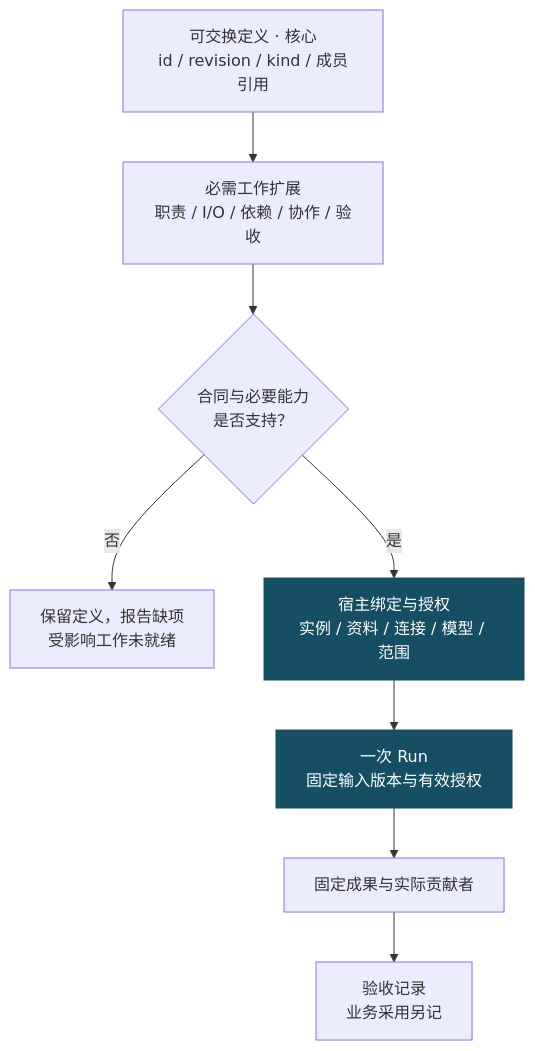
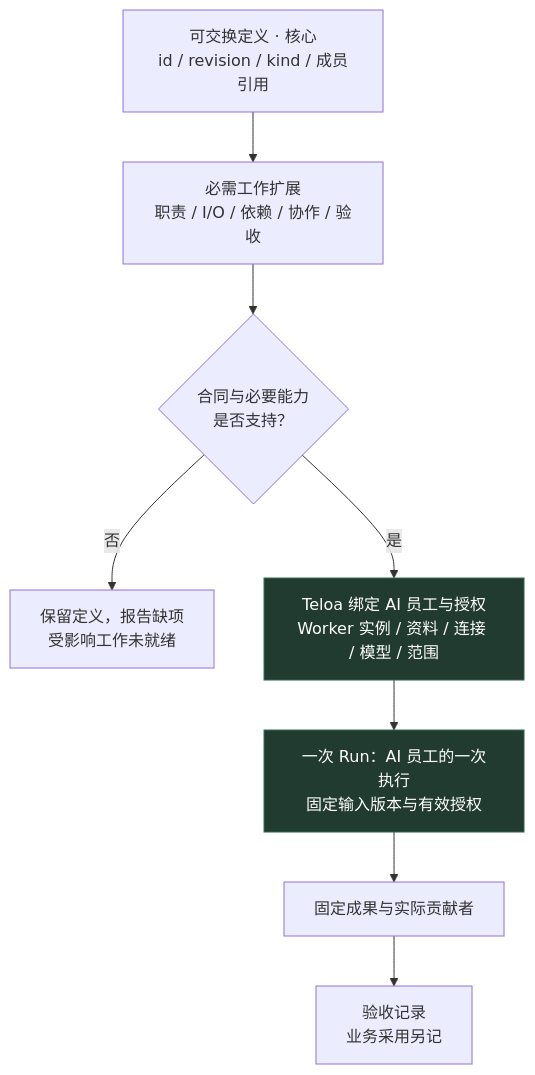
One commit to teloa-ai/ai-worker-standard changed the diagram in diagrams/zh-CN/architecture.mmd. Above: the diagram before and after it, drawn with Mermaid. The commit also changed 29 other files, not shown here.

Commit message:
docs: connect AI employee product concepts to AI Worker diagrams

```diff
--- a/diagrams/zh-CN/architecture.mmd
+++ b/diagrams/zh-CN/architecture.mmd
@@ -1,10 +1,11 @@
 flowchart TB
+    %% 以 Teloa 为例：Worker 定义、AI 员工实例与 Run 分别记录。
     D["可交换定义 · 核心<br/>id / revision / kind / 成员引用"] --> W["必需工作扩展<br/>职责 / I/O / 依赖 / 协作 / 验收"]
     W --> V{"合同与必要能力<br/>是否支持？"}
     V -- "否" --> N["保留定义，报告缺项<br/>受影响工作未就绪"]
-    V -- "是" --> B["宿主绑定与授权<br/>实例 / 资料 / 连接 / 模型 / 范围"]
-    B --> X["一次 Run<br/>固定输入版本与有效授权"]
+    V -- "是" --> B["Teloa 绑定 AI 员工与授权<br/>Worker 实例 / 资料 / 连接 / 模型 / 范围"]
+    B --> X["一次 Run：AI 员工的一次执行<br/>固定输入版本与有效授权"]
     X --> A["固定成果与实际贡献者"]
     A --> R["验收记录<br/>业务采用另记"]
-    classDef main fill:#164e63,color:#fff,stroke:#164e63
+    classDef main fill:#223b30,color:#fff,stroke:#2f6b52
     class B,X main
```
